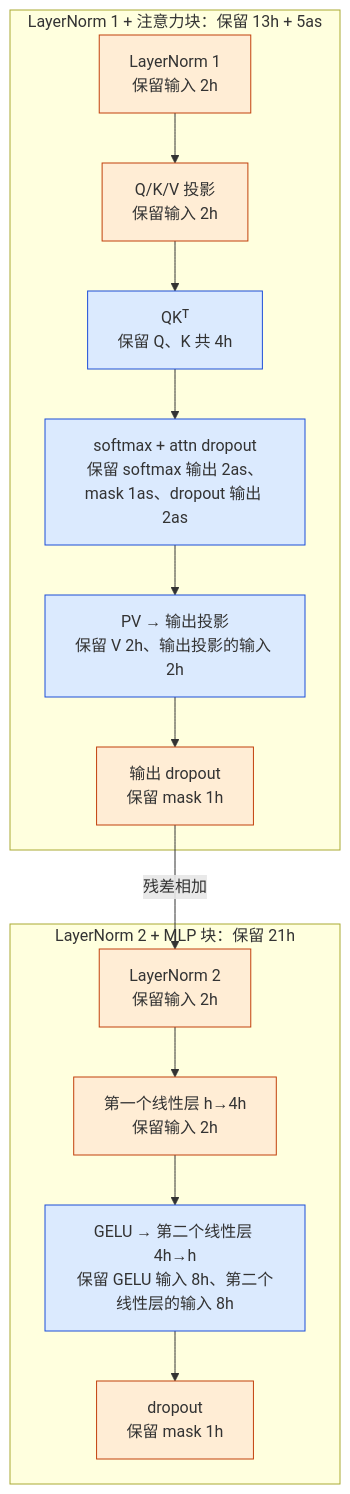
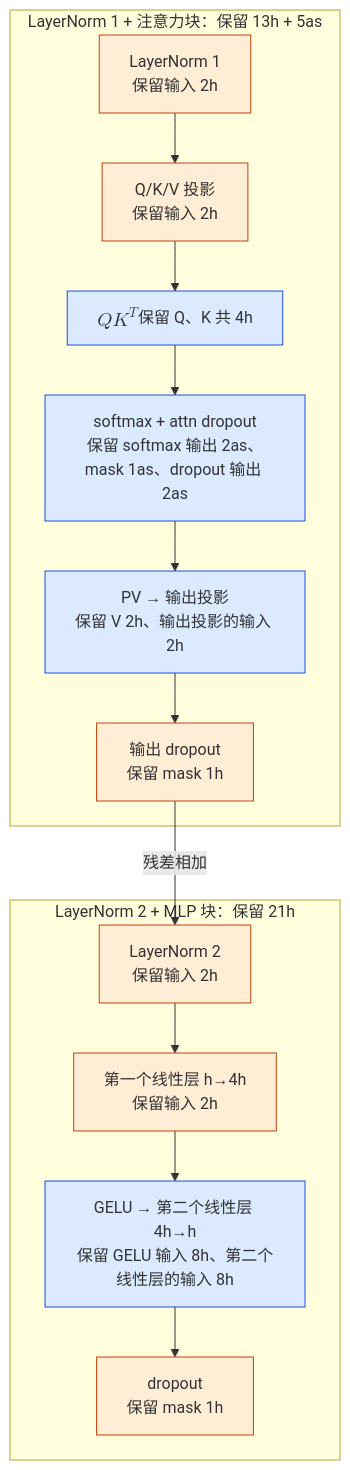
The first of 2 diagrams in _posts/2026-07-15-training-state-anatomy-memory-and-mfu.md (arganzheng/arganzheng.github.com), drawn with Mermaid before and after one commit. The commit also changed other lines of this file, not shown here.

First line of the commit message:
大规模训练工程（01）：训练任务的状态解剖——显存账与 MFU：Mermaid 伪公式改用 KaTeX

````diff
--- a/_posts/2026-07-15-training-state-anatomy-memory-and-mfu.md
+++ b/_posts/2026-07-15-training-state-anatomy-memory-and-mfu.md
@@ -365,25 +365,25 @@
 ```mermaid
 %% 图：一层为反向保留的激活：橙色六项 10h 切不开，蓝色四个节点 24h 可按 TP 切开，softmax 一项是 5as
 flowchart TB
     subgraph attn["LayerNorm 1 + 注意力块：保留 13h + 5as"]
         LN1["LayerNorm 1<br/>保留输入 2h"]
         QKV["Q/K/V 投影<br/>保留输入 2h"]
-        SC["QKᵀ<br/>保留 Q、K 共 4h"]
+        SC["$$QK^T$$<br/>保留 Q、K 共 4h"]
         SM["softmax + attn dropout<br/>保留 softmax 输出 2as、mask 1as、dropout 输出 2as"]
         PV["PV → 输出投影<br/>保留 V 2h、输出投影的输入 2h"]
         DO1["输出 dropout<br/>保留 mask 1h"]
         LN1 --> QKV --> SC --> SM --> PV --> DO1
     end
     subgraph mlp["LayerNorm 2 + MLP 块：保留 21h"]
         LN2["LayerNorm 2<br/>保留输入 2h"]
         FC1["第一个线性层 h→4h<br/>保留输入 2h"]
         GE["GELU → 第二个线性层 4h→h<br/>保留 GELU 输入 8h、第二个线性层的输入 8h"]
         DO2["dropout<br/>保留 mask 1h"]
         LN2 --> FC1 --> GE --> DO2
     end
     DO1 -- "残差相加" --> LN2
     classDef tp fill:#dbeafe,stroke:#1d4ed8;
     classDef full fill:#ffedd5,stroke:#c2410c;
     class SC,SM,PV,GE tp;
     class LN1,QKV,DO1,LN2,FC1,DO2 full;
 ```
````
